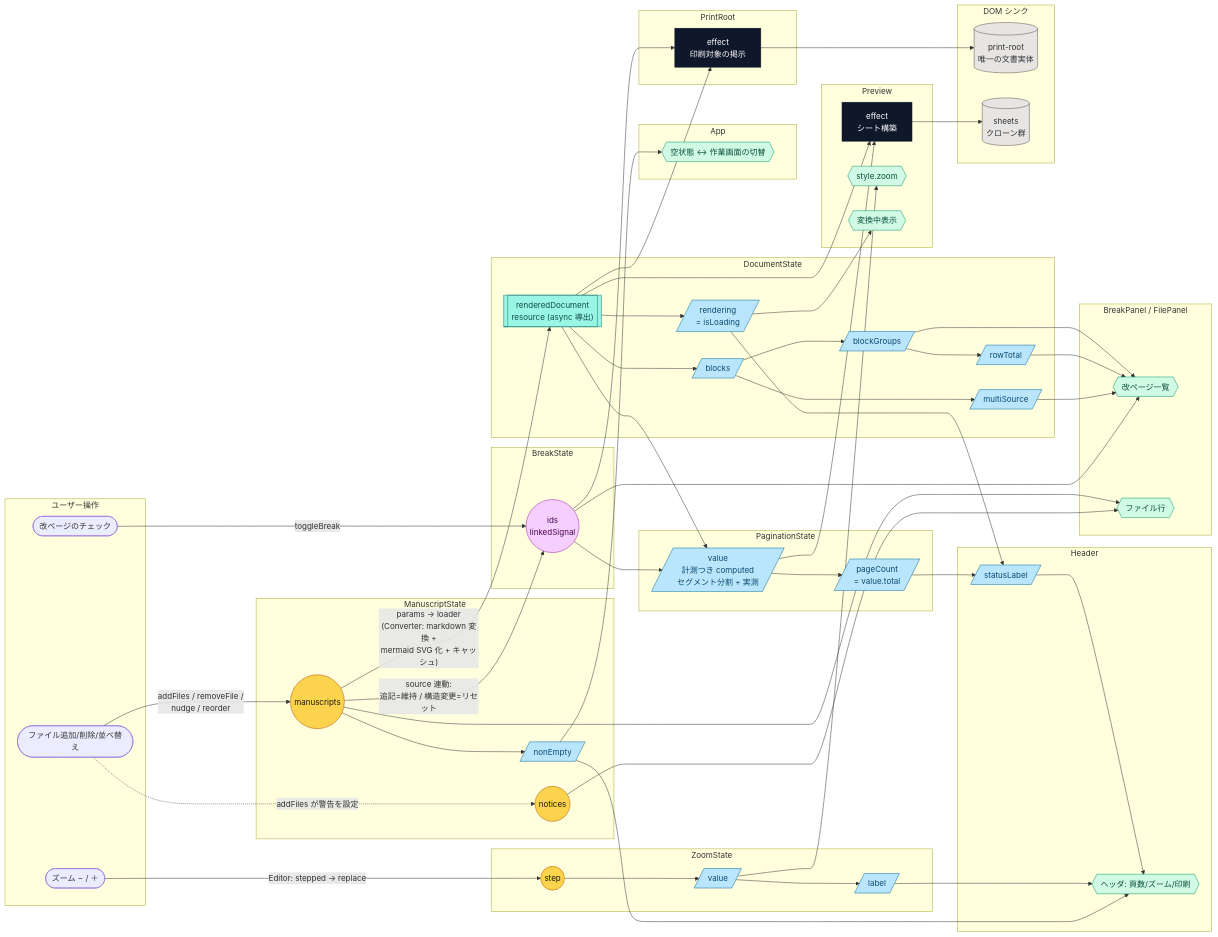
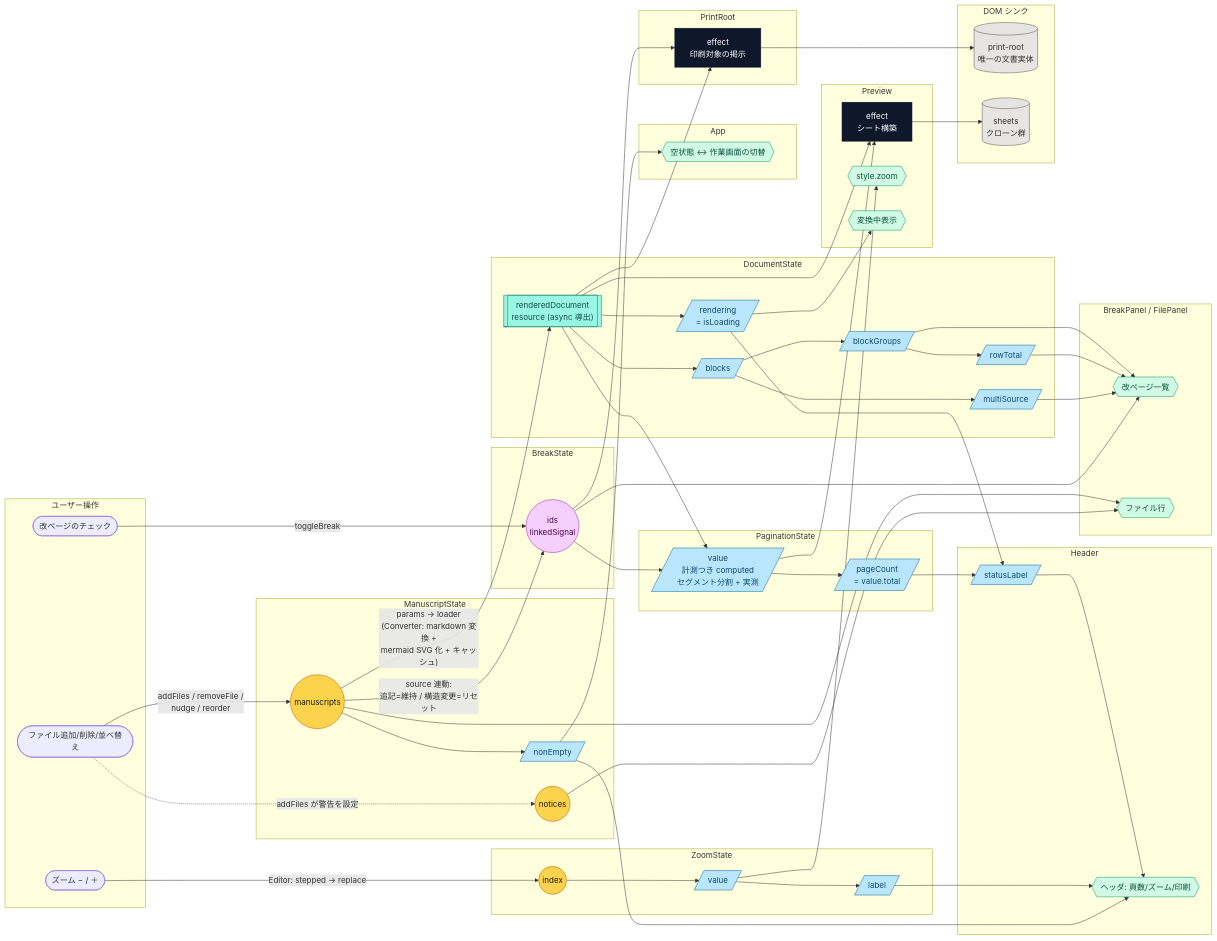
Before and after one commit to lacolaco/printmd: the diagram in docs/signal-graph.md, drawn with Mermaid.

Commit message:
docs: signal 図の ZoomState ノードを公開プロパティ名 index に揃える

```diff
--- a/docs/signal-graph.md
+++ b/docs/signal-graph.md
@@ -42,7 +42,7 @@
   end
 
   subgraph ZoomS["ZoomState"]
-    V1((step))
+    V1((index))
     VC1[/value/]
     VC2[/label/]
   end
```
